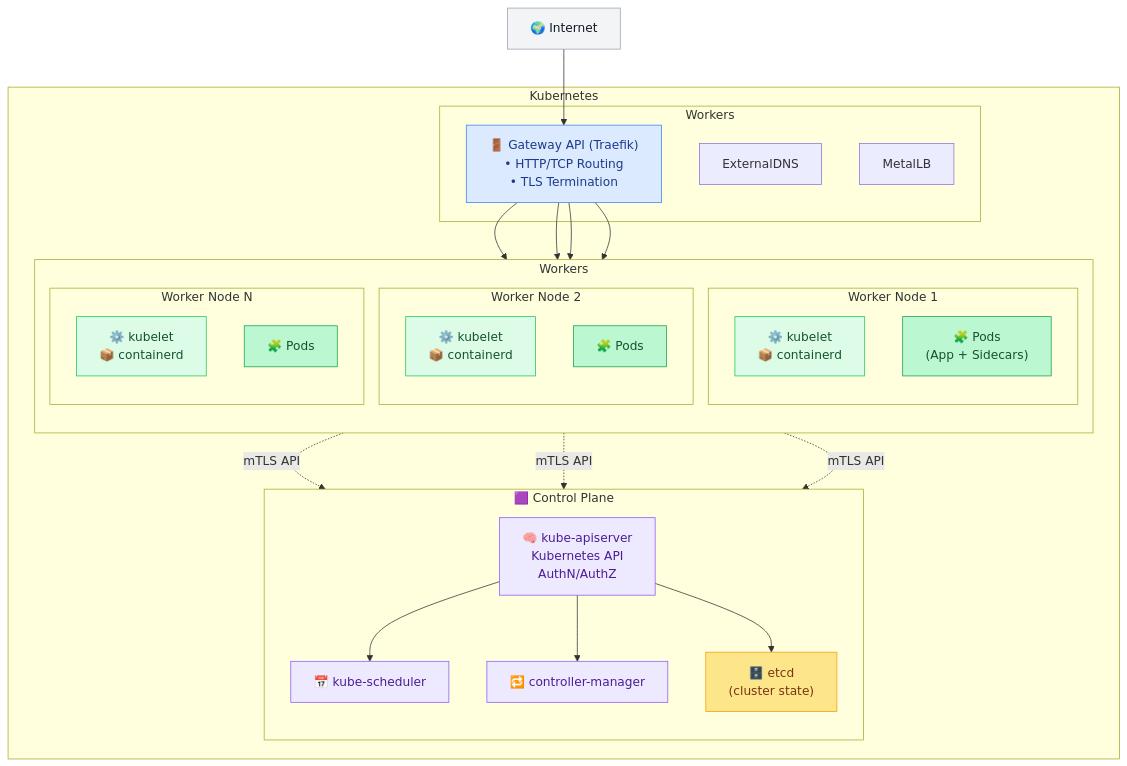
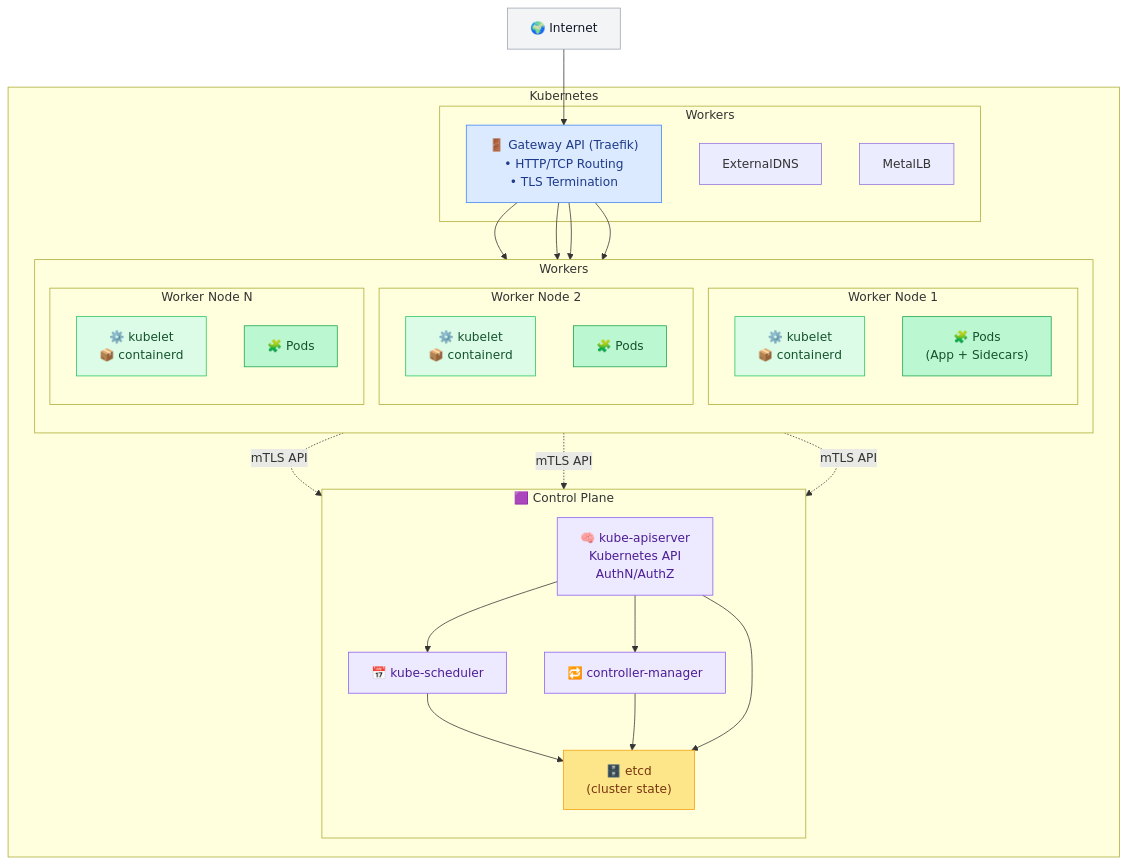
The diagram in schemas/k8s-architecture.mmd (kakwa/technically), drawn with Mermaid before and after one commit.

Commit message:
Add connections from Scheduler and Controller to Etcd

```diff
--- a/schemas/k8s-architecture.mmd
+++ b/schemas/k8s-architecture.mmd
@@ -1,86 +1,88 @@
 flowchart TB
 
     %% ========== STYLES ==========
     classDef internet fill:#f3f4f6,stroke:#9ca3af,color:#111827
     classDef gateway fill:#dbeafe,stroke:#3b82f6,color:#1e3a8a
     classDef worker fill:#dcfce7,stroke:#22c55e,color:#14532d
     classDef pod fill:#bbf7d0,stroke:#16a34a,color:#14532d
     classDef control fill:#ede9fe,stroke:#8b5cf6,color:#4c1d95
     classDef etcd fill:#fde68a,stroke:#f59e0b,color:#78350f
     classDef k8s fill:#dbeafe,stroke:#3b82f6,color:#1e3a8a
 
     %% ========== INTERNET ==========
     Internet["🌍 Internet"]
     class Internet internet
 
     subgraph K8S["Kubernetes"]
     %% ========== GATEWAY ==========
     subgraph AddOns["Workers"]
         Gateway["🚪 Gateway API (Traefik)\n• HTTP/TCP Routing\n• TLS Termination"]
         class Gateway gateway
         ExternalDNS["ExternalDNS"]
         MetalLB["MetalLB"]
     end
 
     %% ========== WORKER RUNTIME ==========
     subgraph Runtime["Workers"]
         direction TB
 
         subgraph W1["Worker Node 1"]
             W1_stack["⚙️ kubelet\n📦 containerd"]
             W1_pods["🧩 Pods\n(App + Sidecars)"]
             class W1_stack worker
             class W1_pods pod
         end
 
         subgraph W2["Worker Node 2"]
             W2_stack["⚙️ kubelet\n📦 containerd"]
             W2_pods["🧩 Pods"]
             class W2_stack worker
             class W2_pods pod
         end
 
         subgraph WN["Worker Node N"]
             WN_stack["⚙️ kubelet\n📦 containerd"]
             WN_pods["🧩 Pods"]
             class WN_stack worker
             class WN_pods pod
         end
     end
 
     %% ========== CONTROL PLANE ==========
     subgraph ControlPlane["🟪 Control Plane"]
         direction TB
 
         API["🧠 kube-apiserver\nKubernetes API\nAuthN/AuthZ"]
         Scheduler["📅 kube-scheduler"]
         Controller["🔁 controller-manager"]
         Etcd["🗄️ etcd\n(cluster state)"]
 
         class API control
         class Scheduler control
         class Controller control
         class Etcd etcd
     end
     class K8S k8s
     end
 
 
     %% ========== FLOWS ==========
     Internet --> Gateway
     Gateway --> Runtime
 
     %% Gateway to pods
     Gateway --> W1_pods
     Gateway --> W2_pods
     Gateway --> WN_pods
 
     %% Control plane communication
     W1_stack -. "mTLS API" .-> API
     W2_stack -. "mTLS API" .-> API
     WN_stack -. "mTLS API" .-> API
 
     %% Control plane internals
     API --> Scheduler
     API --> Controller
+    Scheduler --> Etcd
+    Controller --> Etcd
     API --> Etcd
```
